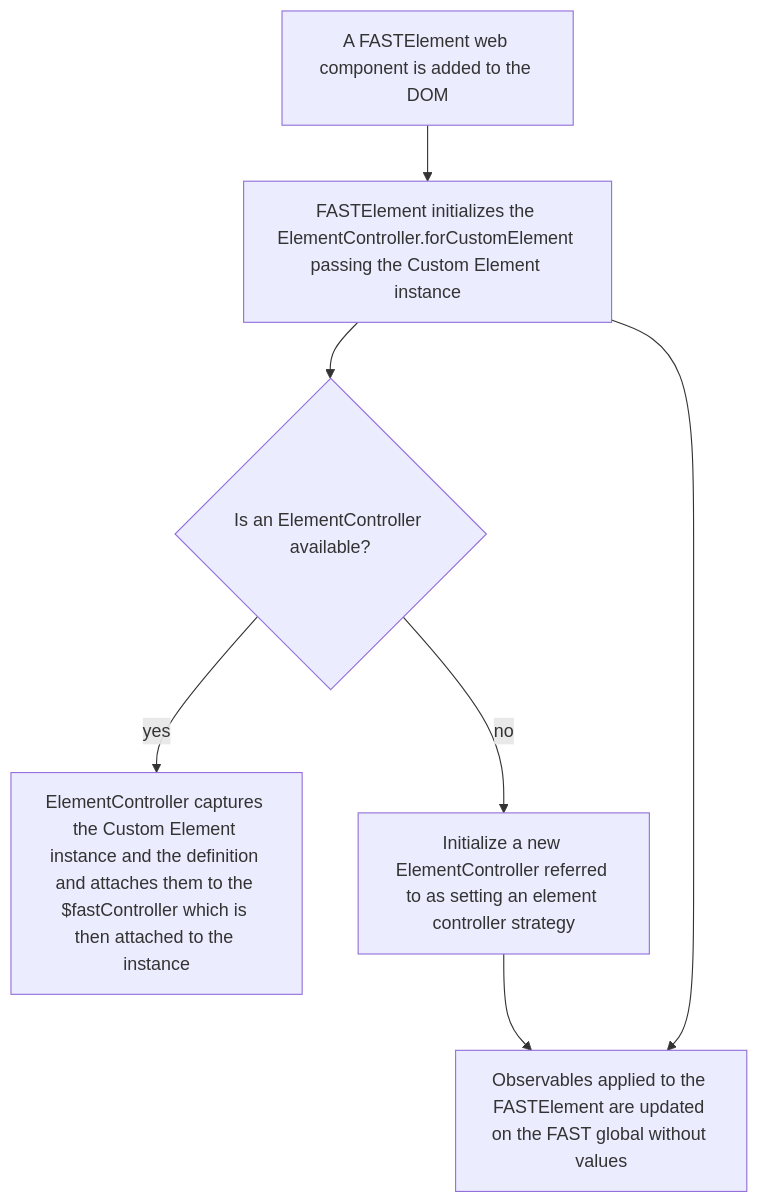
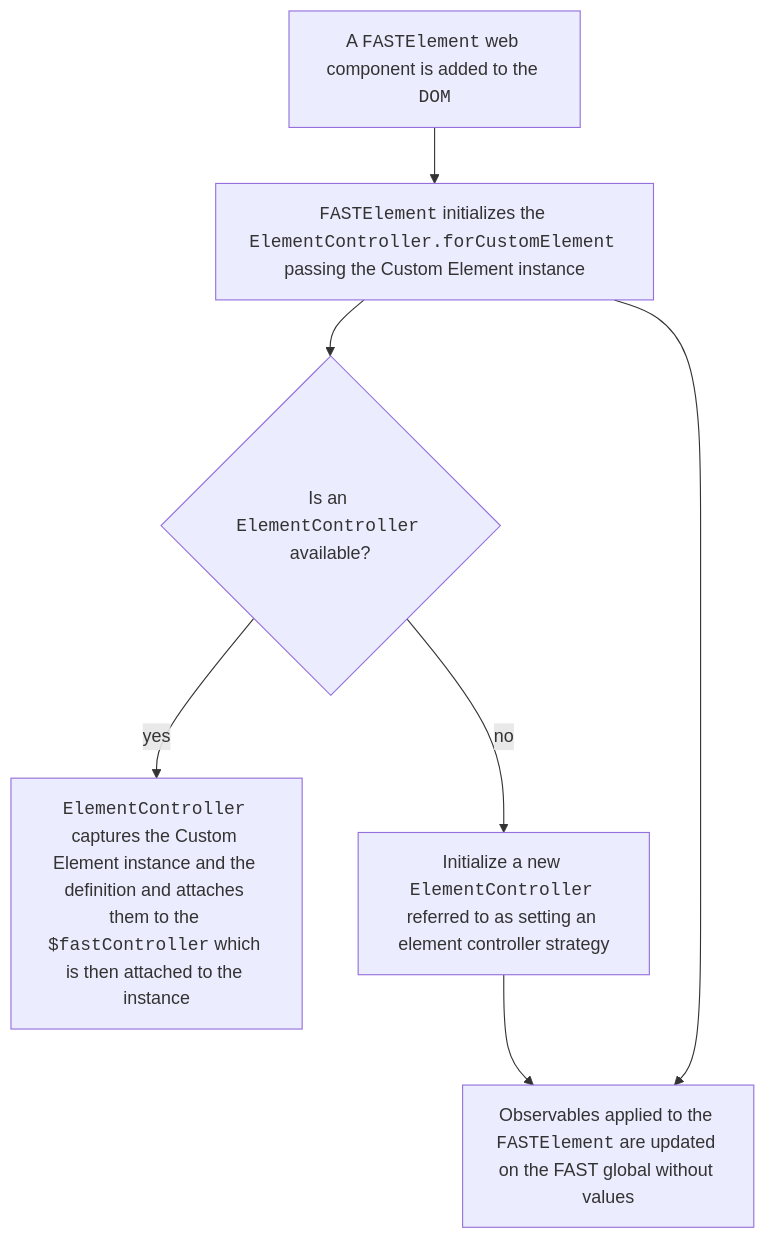
Before and after one commit to microsoft/fast: the fourth of 6 diagrams in packages/web-components/fast-element/ARCHITECTURE.md, drawn with Mermaid. The commit also changed other lines of this file, not shown here.

````diff
--- a/packages/web-components/fast-element/ARCHITECTURE.md
+++ b/packages/web-components/fast-element/ARCHITECTURE.md
@@ -80,12 +80,12 @@
 ```mermaid
 flowchart TD
-    A[A FASTElement web component is added to the DOM] --> B
-    B[FASTElement initializes the ElementController.forCustomElement passing the Custom Element instance] --> C
-    B --> F[Observables applied to the FASTElement are updated on the FAST global without values]
-    C{Is an ElementController available?}
+    A[A <code>FASTElement</code> web component is added to the <code>DOM</code>] --> B
+    B[<code>FASTElement</code> initializes the <code>ElementController.forCustomElement</code> passing the Custom Element instance] --> C
+    B --> F[Observables applied to the <code>FASTElement</code> are updated on the FAST global without values]
+    C{Is an <code>ElementController</code> available?}
     C --> |yes|E
     C --> |no|D
-    D[Initialize a new ElementController referred to as setting an element controller strategy]
+    D[Initialize a new <code>ElementController</code> referred to as setting an element controller strategy]
     D --> F
-    E[ElementController captures the Custom Element instance and the definition and attaches them to the $fastController which is then attached to the instance]
+    E[<code>ElementController</code> captures the Custom Element instance and the definition and attaches them to the <code>$fastController</code> which is then attached to the instance]
 ```
````
